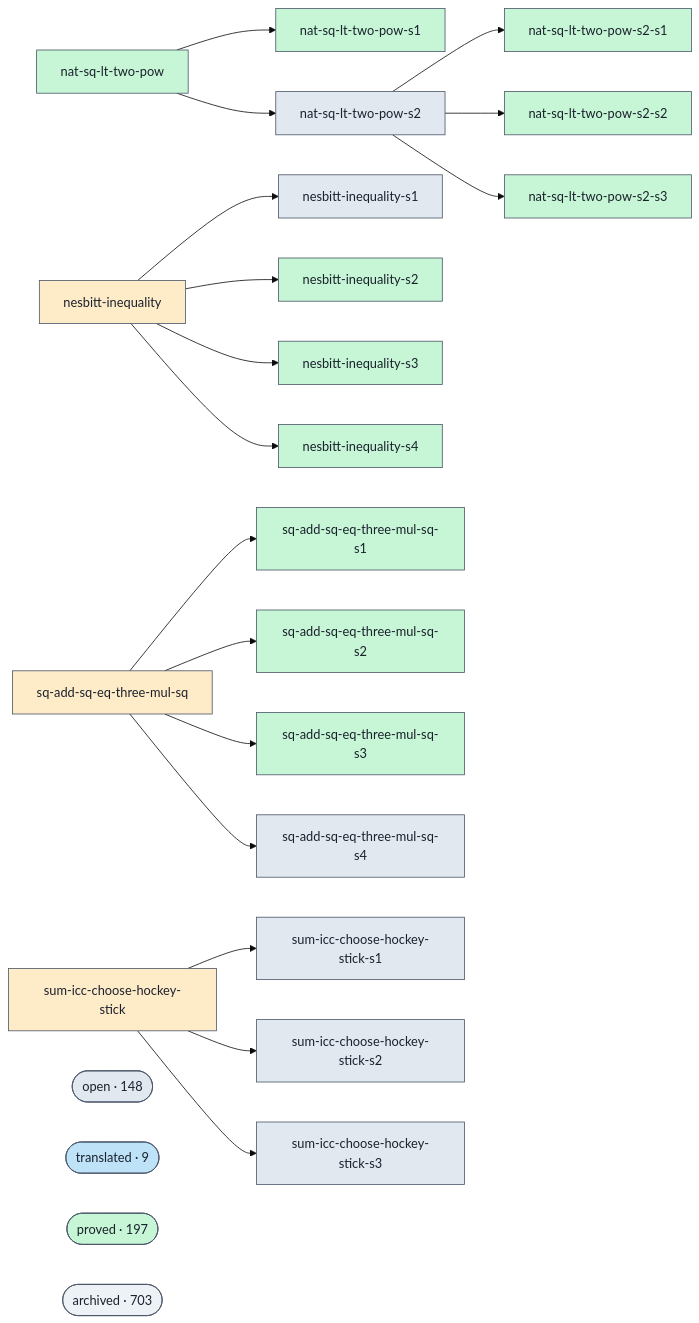
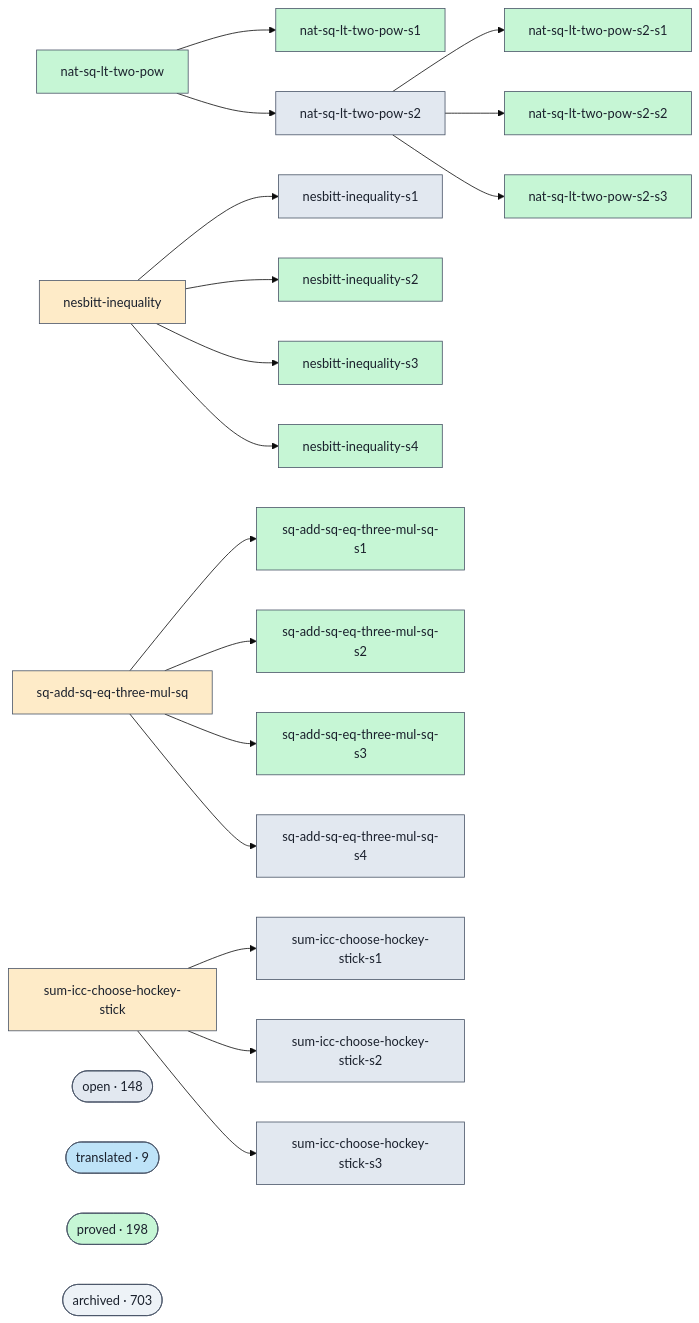
The diagram in docs/proofs-contributors-visualisation.md (ohdearquant/unsorry), drawn with Mermaid (base theme) before and after one commit. The commit also changed other lines of this file and 2 other files, not shown here.

```diff
--- a/docs/proofs-contributors-visualisation.md
+++ b/docs/proofs-contributors-visualisation.md
@@ -102,7 +102,7 @@
   class cluster_open open;
   cluster_translated(["translated · 9"])
   class cluster_translated translated;
-  cluster_proved(["proved · 197"])
+  cluster_proved(["proved · 198"])
   class cluster_proved proved;
   cluster_archived(["archived · 703"])
   class cluster_archived unknown;
```
